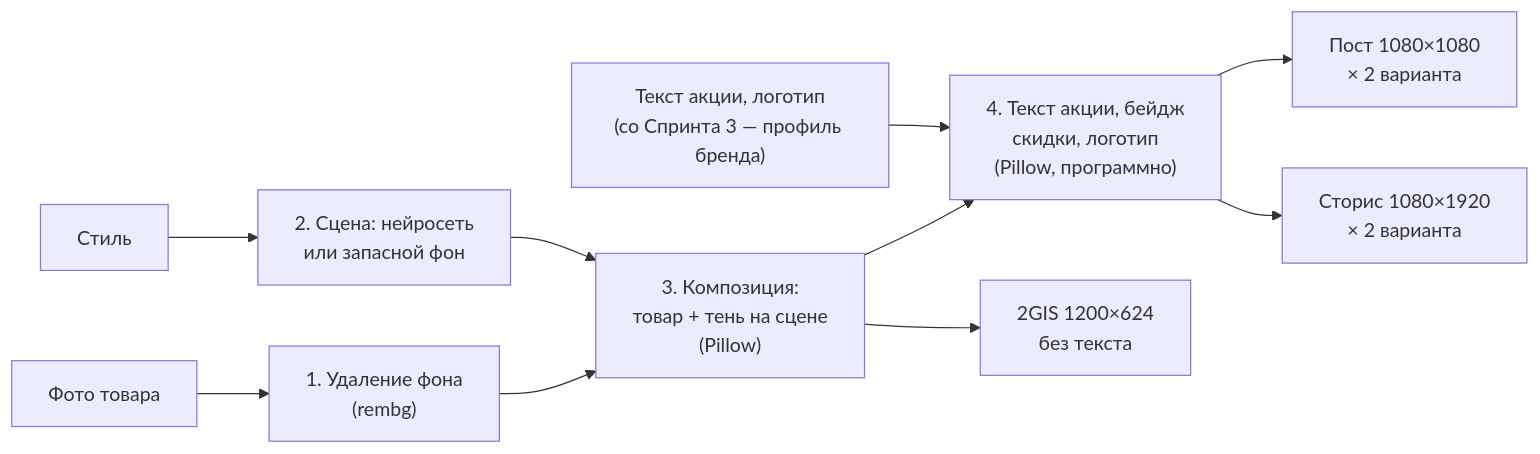
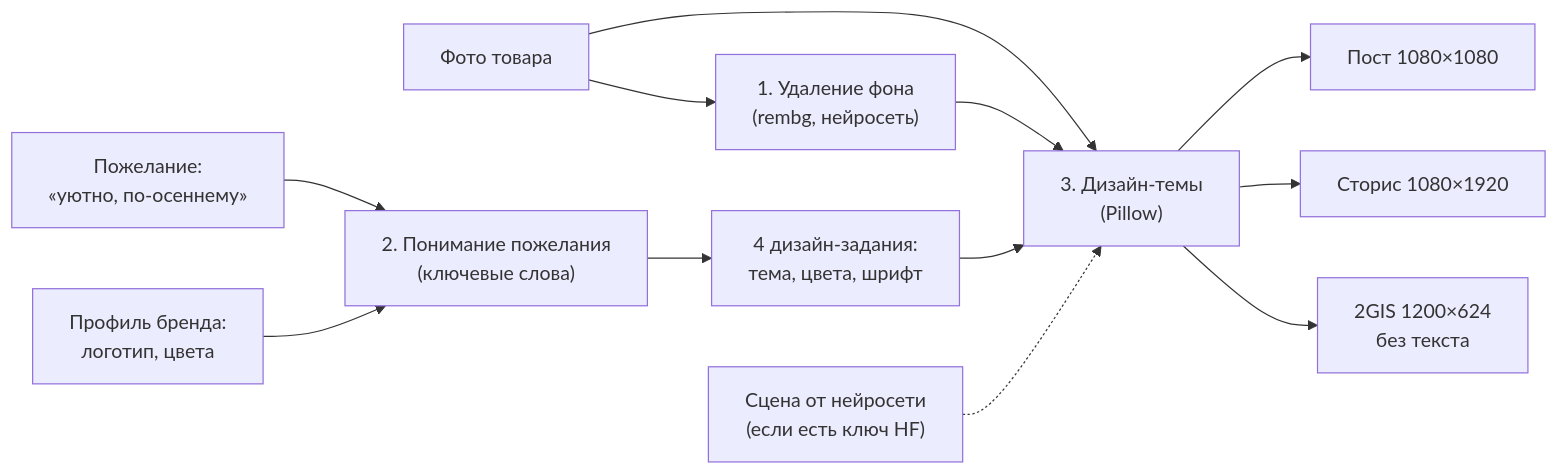
One commit to Aqudai/ADGen_AI1 changed the second of 4 diagrams in docs/ARCHITECTURE.md. Above: the diagram before and after it, drawn with Mermaid. The commit also changed other lines of this file and 27 other files, not shown here.

First line of the commit message:
Дизайн-темы и пожелание к дизайну вместо «товара на нарисованном фоне»

````diff
--- a/docs/ARCHITECTURE.md
+++ b/docs/ARCHITECTURE.md
@@ -58,12 +58,14 @@
 ```mermaid
 flowchart LR
-    A["Фото товара"] --> B["1. Удаление фона<br/>(rembg)"]
-    B --> D["3. Композиция:<br/>товар + тень на сцене<br/>(Pillow)"]
-    P["Стиль"] --> C["2. Сцена: нейросеть<br/>или запасной фон"]
-    C --> D
-    D --> E["4. Текст акции, бейдж<br/>скидки, логотип<br/>(Pillow, программно)"]
-    T["Текст акции, логотип<br/>(со Спринта 3 — профиль бренда)"] --> E
-    E --> F1["Пост 1080×1080<br/>× 2 варианта"]
-    E --> F2["Сторис 1080×1920<br/>× 2 варианта"]
-    D --> F3["2GIS 1200×624<br/>без текста"]
+    A["Фото товара"] --> B["1. Удаление фона<br/>(rembg, нейросеть)"]
+    R["Пожелание:<br/>«уютно, по-осеннему»"] --> I["2. Понимание пожелания<br/>(ключевые слова)"]
+    BR["Профиль бренда:<br/>логотип, цвета"] --> I
+    I --> V["4 дизайн-задания:<br/>тема, цвета, шрифт"]
+    A --> T["3. Дизайн-темы<br/>(Pillow)"]
+    B --> T
+    V --> T
+    T --> F1["Пост 1080×1080"]
+    T --> F2["Сторис 1080×1920"]
+    T --> F3["2GIS 1200×624<br/>без текста"]
+    S["Сцена от нейросети<br/>(если есть ключ HF)"] -.-> T
 ```
````
